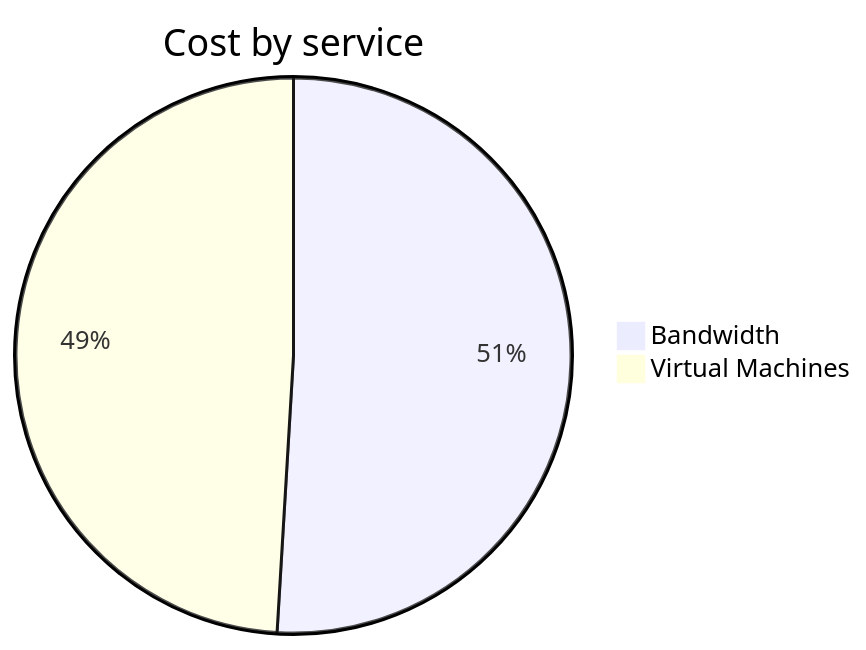
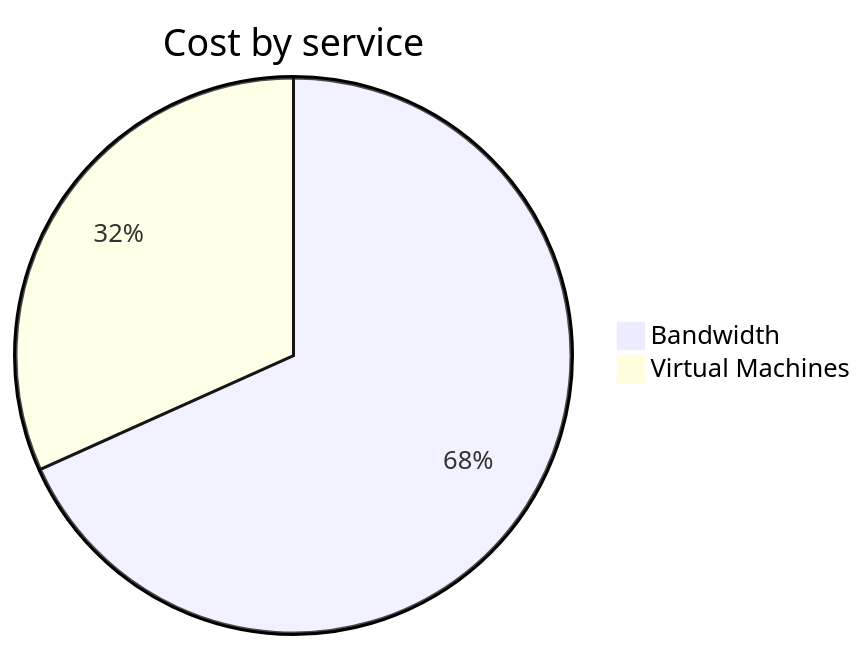
Before and after one commit to jpfulton/azure-personal-reports: the second of 4 diagrams in cost-reports/personal-network/vpn-server.md, drawn with Mermaid. The commit also changed other lines of this file and 8 other files, not shown here.

````diff
--- a/cost-reports/personal-network/vpn-server.md
+++ b/cost-reports/personal-network/vpn-server.md
@@ -96,6 +96,6 @@
 ```mermaid
 pie
    title Cost by service
-   "Bandwidth" : 0.27
-   "Virtual Machines" : 0.26
+   "Bandwidth" : 0.99
+   "Virtual Machines" : 0.46
 ```
````
